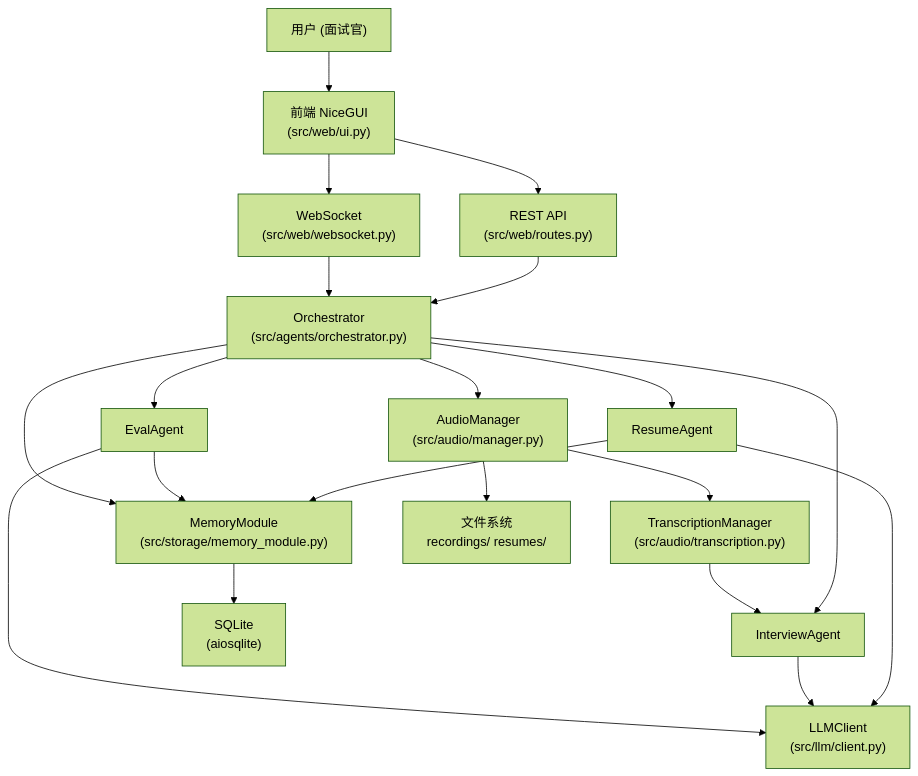
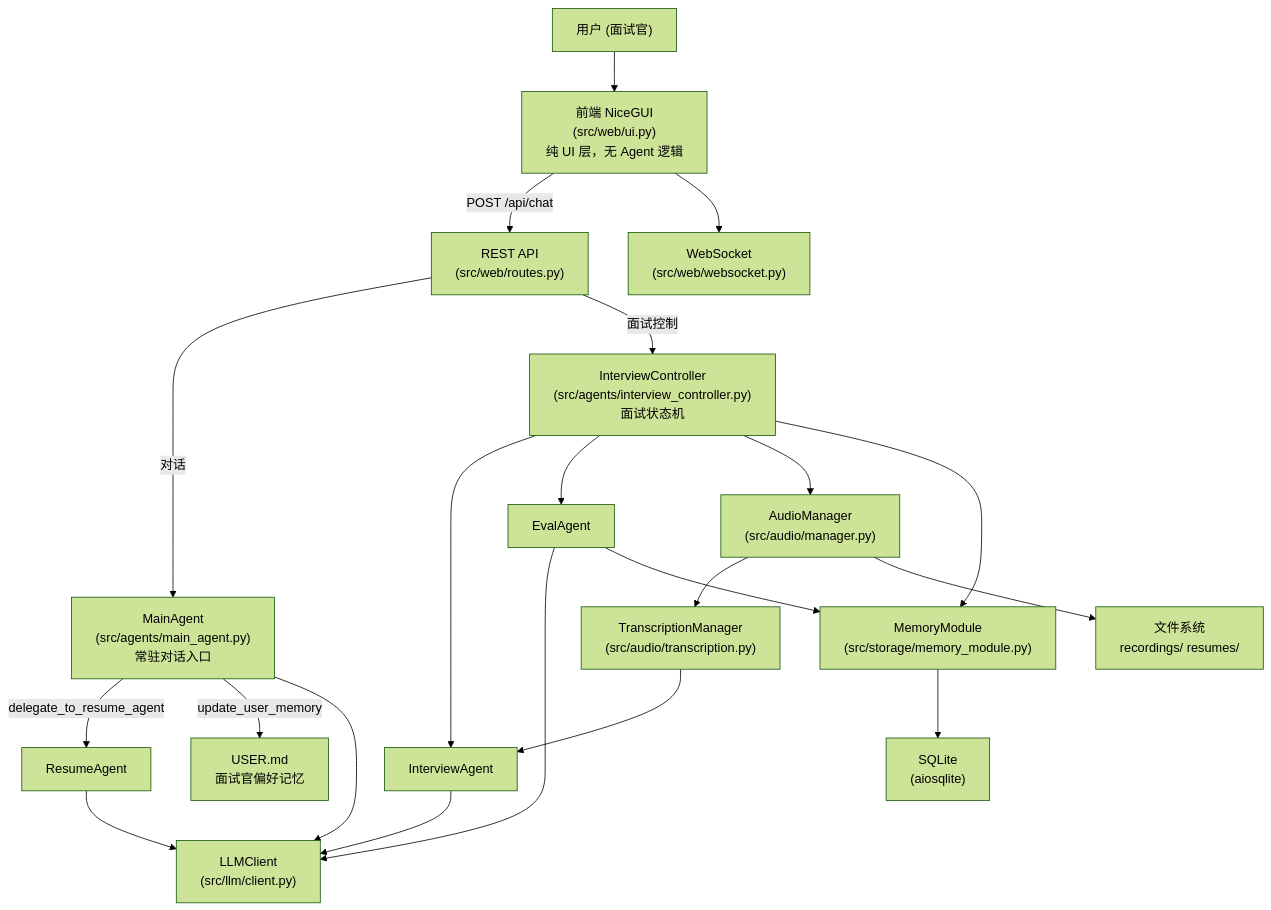
One commit to dygcjlu/interviewer-assistant changed the diagram in docs/arc/overview.md. Above: the diagram before and after it, drawn with Mermaid (forest theme). The commit also changed other lines of this file and 21 other files, not shown here.

First line of the commit message:
refactor: 拆分 Orchestrator 为 MainAgent + InterviewController

````diff
--- a/docs/arc/overview.md
+++ b/docs/arc/overview.md
@@ -17,37 +17,40 @@
 ```mermaid
 graph TD
     User["用户 (面试官)"]
-    UI["前端 NiceGUI\n(src/web/ui.py)"]
+    UI["前端 NiceGUI\n(src/web/ui.py)\n纯 UI 层，无 Agent 逻辑"]
     REST["REST API\n(src/web/routes.py)"]
     WS["WebSocket\n(src/web/websocket.py)"]
-    Orch["Orchestrator\n(src/agents/orchestrator.py)"]
+    MA["MainAgent\n(src/agents/main_agent.py)\n常驻对话入口"]
+    IC["InterviewController\n(src/agents/interview_controller.py)\n面试状态机"]
     RA["ResumeAgent"]
     IA["InterviewAgent"]
     EA["EvalAgent"]
     Audio["AudioManager\n(src/audio/manager.py)"]
     TM["TranscriptionManager\n(src/audio/transcription.py)"]
     LLM["LLMClient\n(src/llm/client.py)"]
     Mem["MemoryModule\n(src/storage/memory_module.py)"]
     DB["SQLite\n(aiosqlite)"]
     Files["文件系统\nrecordings/ resumes/"]
+    UserMD["USER.md\n面试官偏好记忆"]
 
     User --> UI
-    UI --> REST
+    UI -->|POST /api/chat| REST
     UI --> WS
-    REST --> Orch
-    WS --> Orch
-    Orch --> RA
-    Orch --> IA
-    Orch --> EA
-    Orch --> Audio
+    REST -->|对话| MA
+    REST -->|面试控制| IC
+    MA -->|delegate_to_resume_agent| RA
+    MA -->|update_user_memory| UserMD
+    IC --> IA
+    IC --> EA
+    IC --> Audio
     Audio --> TM
     TM --> IA
     RA --> LLM
     IA --> LLM
     EA --> LLM
-    RA --> Mem
+    MA --> LLM
     EA --> Mem
-    Orch --> Mem
+    IC --> Mem
     Mem --> DB
     Audio --> Files
 ```
````
